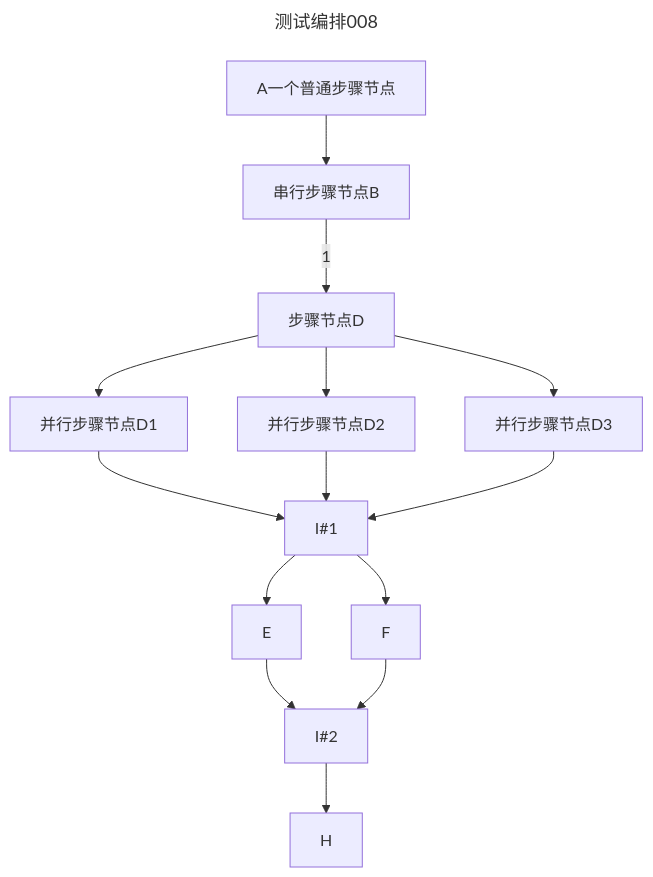
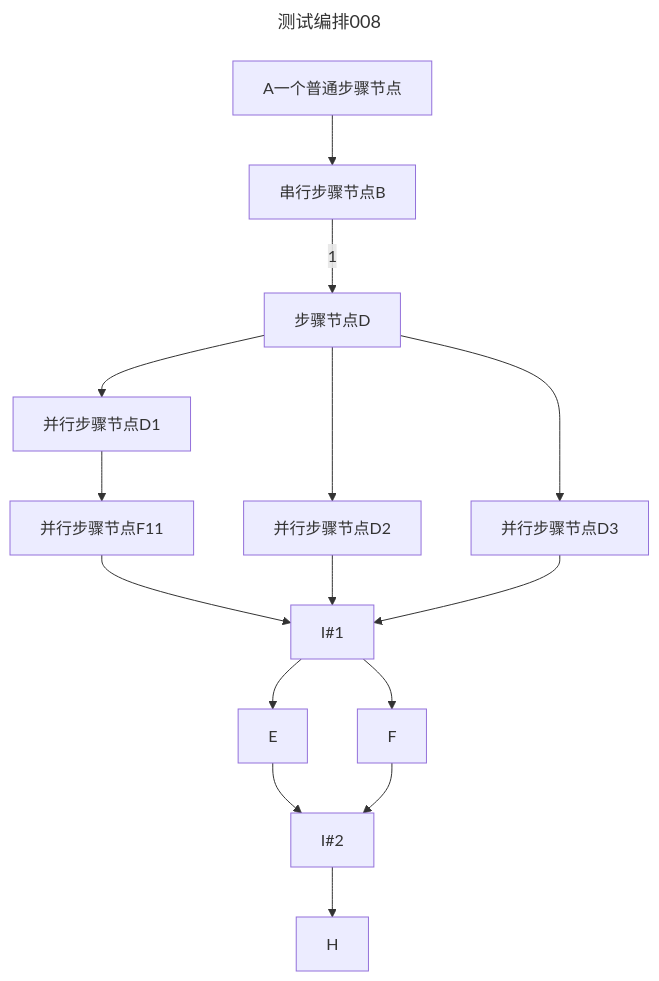
Before and after one commit to NeoGitCrt1/liteflow: the diagram in liteflow-testcase-el/liteflow-testcase-el-markdown-springboot/src/test/resources/CASE8.md, drawn with Mermaid. The commit also changed 4 other files, not shown here.

````diff
--- a/liteflow-testcase-el/liteflow-testcase-el-markdown-springboot/src/test/resources/CASE8.md
+++ b/liteflow-testcase-el/liteflow-testcase-el-markdown-springboot/src/test/resources/CASE8.md
@@ -1,14 +1,14 @@
 ```mermaid
 --- 
 title: 测试编排008
 ---
 flowchart TD;
 
 A[A一个普通步骤节点] --> B[串行步骤节点B] 
-B --> |1| D[步骤节点D] --> D1[并行步骤节点D1] --> I#1
+B --> |1| D[步骤节点D] --> D1[并行步骤节点D1] --> F11[并行步骤节点F11] --> I#1
 D[步骤节点D] --> D2[并行步骤节点D2]  --> I#1
 D[步骤节点D] --> D3[并行步骤节点D3] --> I#1
 I#1 --> E --> I#2
 I#1 --> F --> I#2
 I#2 --> H
 ```
````
